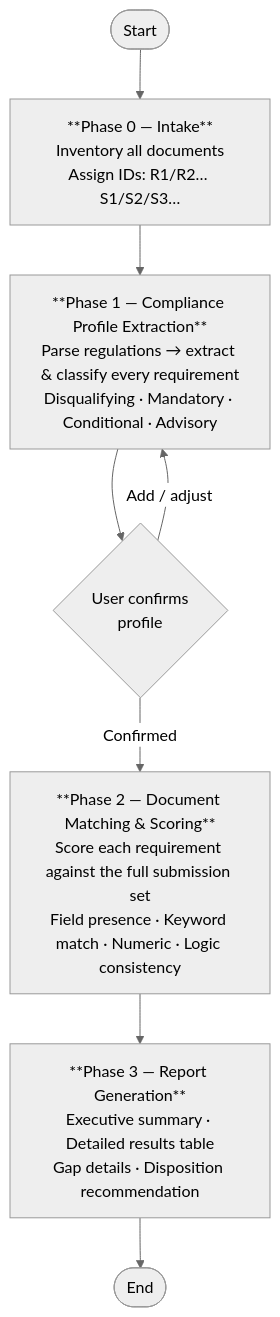
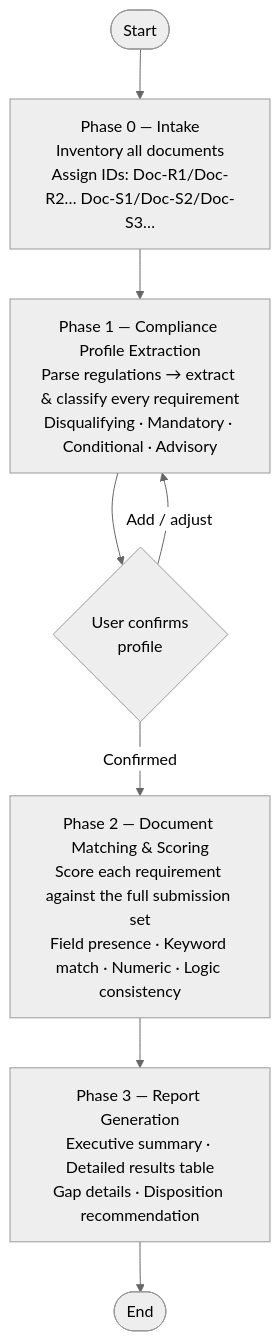
Before and after one commit to sylphlin/document-validator: the diagram in README.md, drawn with Mermaid (neutral theme). The commit also changed other lines of this file and 1 other file, not shown here.

Commit message:
refactor: prefix all document IDs with "Doc-" in documentation and examples for improved clarity

````diff
--- a/README.md
+++ b/README.md
@@ -13,18 +13,18 @@
 ```mermaid
 flowchart TD
     A([Start]) --> B
 
-    B["**Phase 0 — Intake**\nInventory all documents\nAssign IDs: R1/R2… S1/S2/S3…"]
+    B["Phase 0 — Intake\nInventory all documents\nAssign IDs: Doc-R1/Doc-R2… Doc-S1/Doc-S2/Doc-S3…"]
     B --> C
 
-    C["**Phase 1 — Compliance Profile Extraction**\nParse regulations → extract & classify every requirement\nDisqualifying · Mandatory · Conditional · Advisory"]
+    C["Phase 1 — Compliance Profile Extraction\nParse regulations → extract & classify every requirement\nDisqualifying · Mandatory · Conditional · Advisory"]
     C --> D{User confirms\nprofile}
     D -- Add / adjust --> C
     D -- Confirmed --> E
 
-    E["**Phase 2 — Document Matching & Scoring**\nScore each requirement against the full submission set\nField presence · Keyword match · Numeric · Logic consistency"]
+    E["Phase 2 — Document Matching & Scoring\nScore each requirement against the full submission set\nField presence · Keyword match · Numeric · Logic consistency"]
     E --> F
 
-    F["**Phase 3 — Report Generation**\nExecutive summary · Detailed results table\nGap details · Disposition recommendation"]
+    F["Phase 3 — Report Generation\nExecutive summary · Detailed results table\nGap details · Disposition recommendation"]
     F --> G([End])
 ```
````
